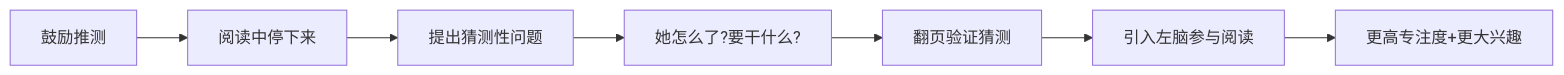
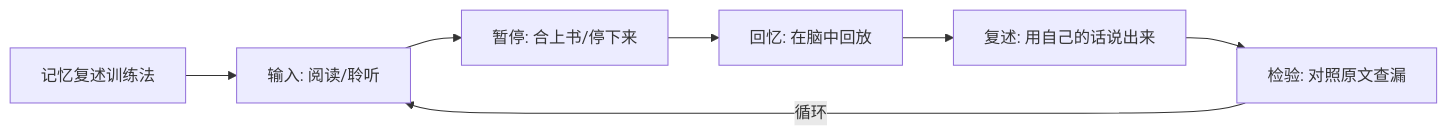
Before and after one commit to chongyang211/YCBookBlog: the sixth of 12 diagrams in 10.自我进阶提升书/06.语言沟通的演进/6.3理解能力的锻炼.md, drawn with Mermaid. The commit also changed other lines of this file, not shown here.

````diff
--- a/10.自我进阶提升书/06.语言沟通的演进/6.3理解能力的锻炼.md
+++ b/10.自我进阶提升书/06.语言沟通的演进/6.3理解能力的锻炼.md
@@ -138,9 +189,9 @@
 ```mermaid
 graph LR
-    A[鼓励推测] --> B[阅读中停下来]
-    B --> C[提出猜测性问题]
-    C --> D[她怎么了?要干什么?]
-    D --> E[翻页验证猜测]
-    E --> F[引入左脑参与阅读]
-    F --> G[更高专注度+更大兴趣]
+    A[记忆复述训练法] --> B[输入: 阅读/聆听]
+    B --> C[暂停: 合上书/停下来]
+    C --> D[回忆: 在脑中回放]
+    D --> E[复述: 用自己的话说出来]
+    E --> F[检验: 对照原文查漏]
+    F -->|循环| B
 ```
````
